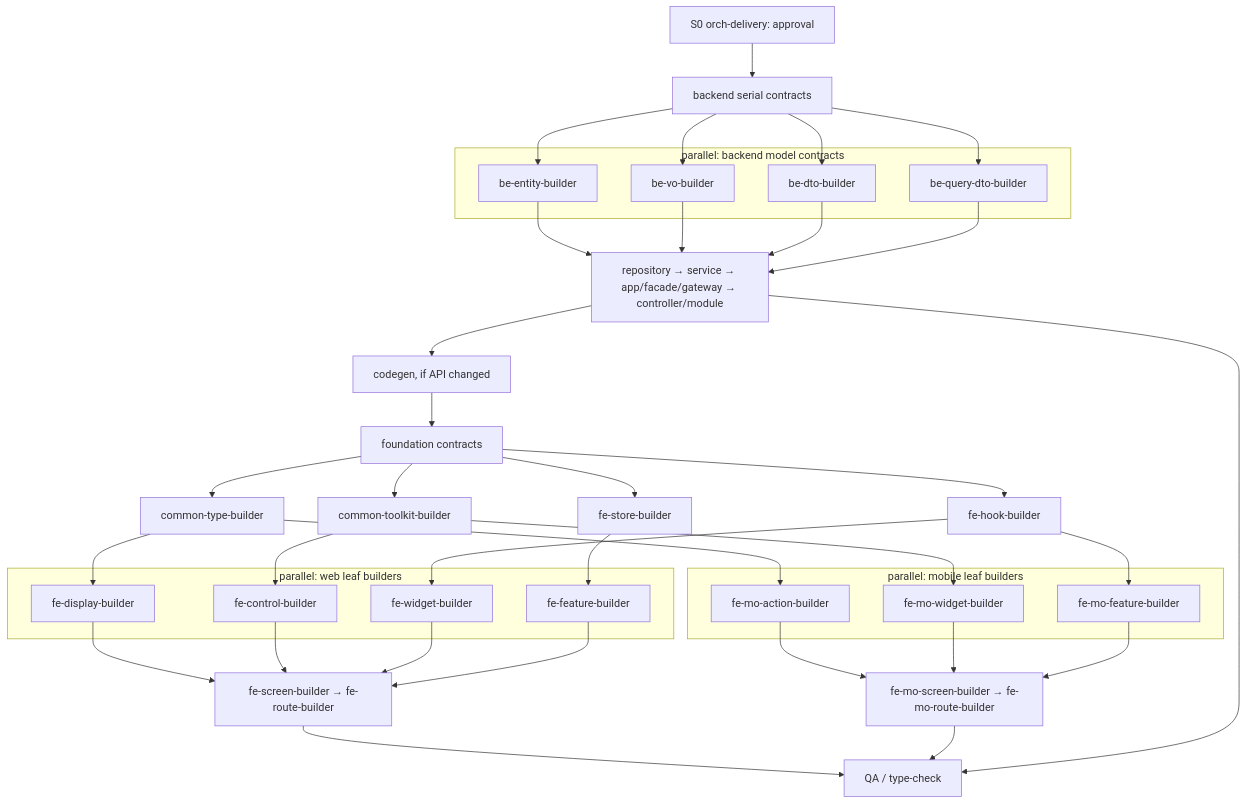
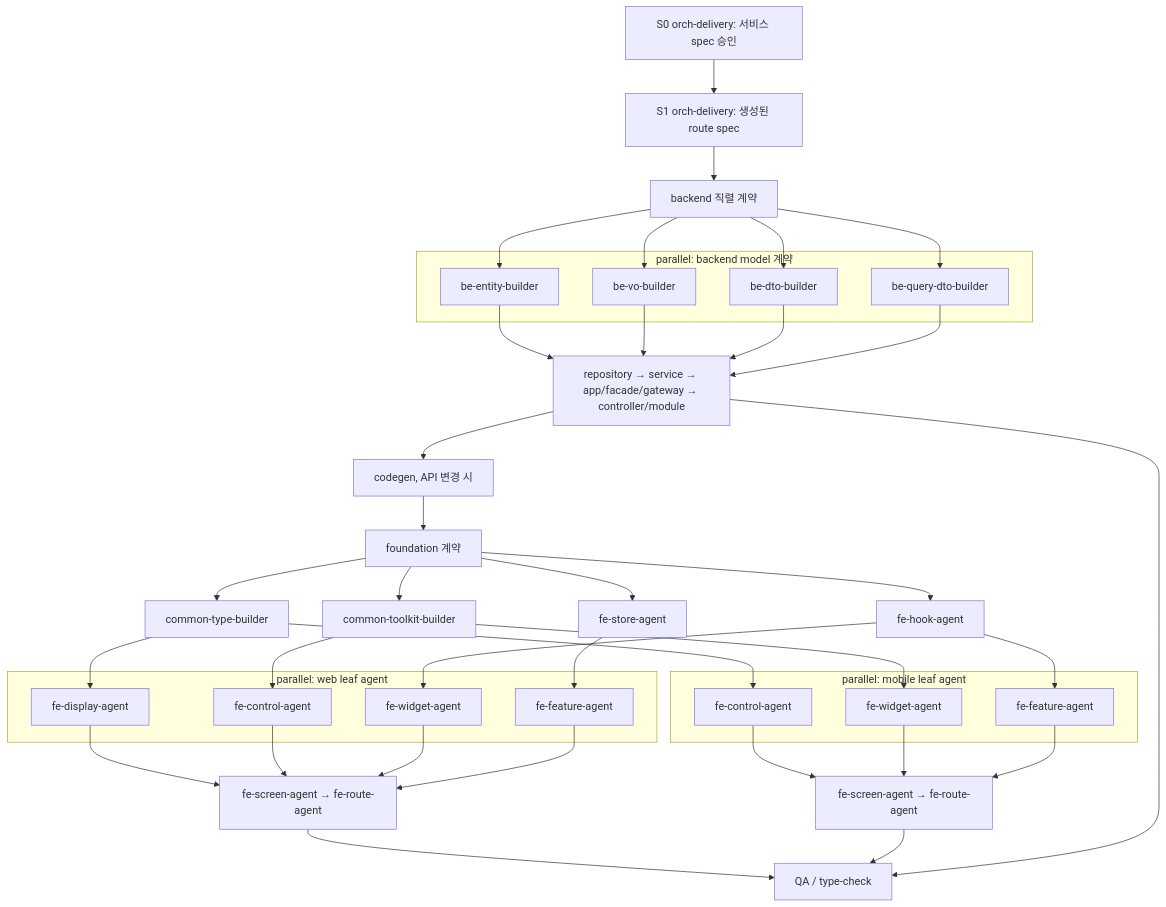
Before and after one commit to kimjoongwon/prj-core: the second of 5 diagrams in docs/orchestration-agent-relationship-flow.md, drawn with Mermaid. The commit also changed other lines of this file and 5 other files, not shown here.

Commit message:
docs: 서비스 delivery 오케스트레이션 정리

````diff
--- a/docs/orchestration-agent-relationship-flow.md
+++ b/docs/orchestration-agent-relationship-flow.md
@@ -78,55 +94,56 @@
 ```mermaid
 flowchart TD
-  Gate["S0 orch-delivery: approval"] --> Backend["backend serial contracts"]
-  subgraph BParallel["parallel: backend model contracts"]
+  Gate["S0 orch-delivery: 서비스 spec 승인"] --> RouteGen["S1 orch-delivery: 생성된 route spec"]
+  RouteGen --> Backend["backend 직렬 계약"]
+  subgraph BParallel["parallel: backend model 계약"]
     Entity["be-entity-builder"]
     VO["be-vo-builder"]
     DTO["be-dto-builder"]
     QueryDto["be-query-dto-builder"]
   end
   Backend --> Entity
   Backend --> VO
   Backend --> DTO
   Backend --> QueryDto
   Entity --> Runtime["repository → service → app/facade/gateway → controller/module"]
   VO --> Runtime
   DTO --> Runtime
   QueryDto --> Runtime
-  Runtime --> Codegen["codegen, if API changed"]
-  Codegen --> Foundation["foundation contracts"]
+  Runtime --> Codegen["codegen, API 변경 시"]
+  Codegen --> Foundation["foundation 계약"]
   Foundation --> Types["common-type-builder"]
   Foundation --> Toolkit["common-toolkit-builder"]
-  Foundation --> Hook["fe-hook-builder"]
-  Foundation --> Store["fe-store-builder"]
+  Foundation --> Hook["fe-hook-agent"]
+  Foundation --> Store["fe-store-agent"]
 
-  subgraph WebParallel["parallel: web leaf builders"]
-    Display["fe-display-builder"]
-    Control["fe-control-builder"]
-    Widget["fe-widget-builder"]
-    Feature["fe-feature-builder"]
+  subgraph WebParallel["parallel: web leaf agent"]
+    Display["fe-display-agent"]
+    Control["fe-control-agent"]
+    Widget["fe-widget-agent"]
+    Feature["fe-feature-agent"]
   end
   Types --> Display
   Toolkit --> Control
   Hook --> Widget
   Store --> Feature
-  Display --> WebRoute["fe-screen-builder → fe-route-builder"]
+  Display --> WebRoute["fe-screen-agent → fe-route-agent"]
   Control --> WebRoute
   Widget --> WebRoute
   Feature --> WebRoute
 
-  subgraph MobileParallel["parallel: mobile leaf builders"]
-    Action["fe-mo-action-builder"]
-    MoWidget["fe-mo-widget-builder"]
-    MoFeature["fe-mo-feature-builder"]
+  subgraph MobileParallel["parallel: mobile leaf agent"]
+    Action["fe-control-agent"]
+    MoWidget["fe-widget-agent"]
+    MoFeature["fe-feature-agent"]
   end
   Types --> Action
   Toolkit --> MoWidget
   Hook --> MoFeature
-  Action --> MobileRoute["fe-mo-screen-builder → fe-mo-route-builder"]
+  Action --> MobileRoute["fe-screen-agent → fe-route-agent"]
   MoWidget --> MobileRoute
   MoFeature --> MobileRoute
 
   WebRoute --> QA["QA / type-check"]
   MobileRoute --> QA
   Runtime --> QA
 ```
````
